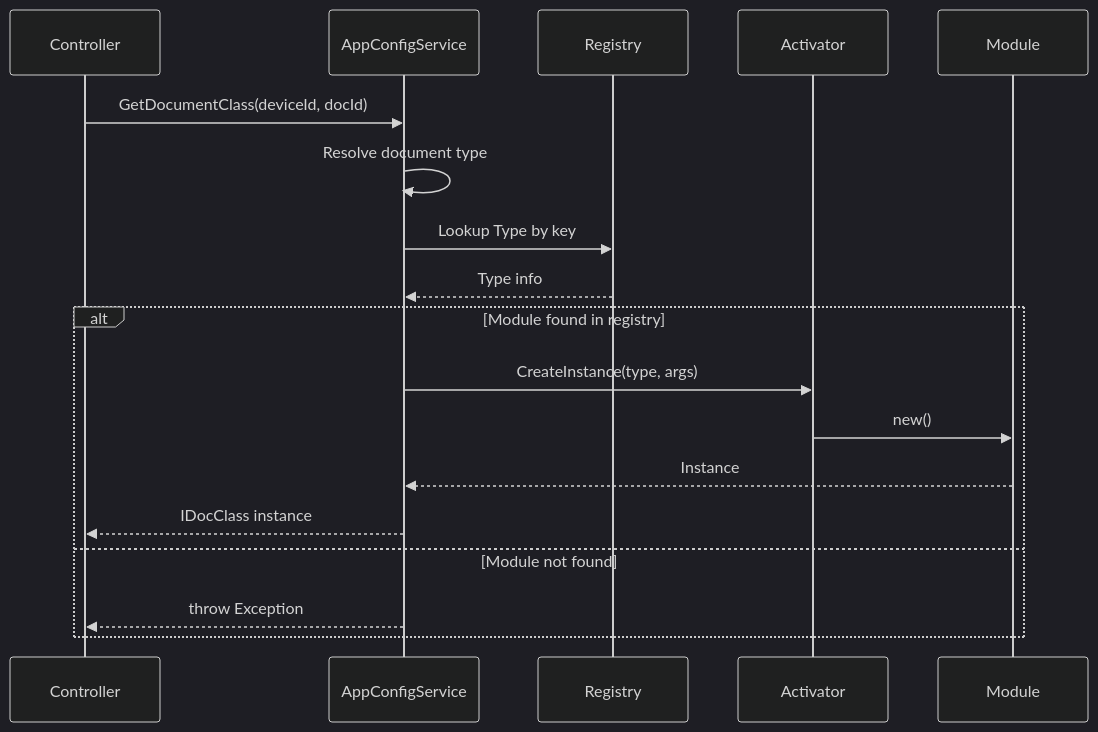
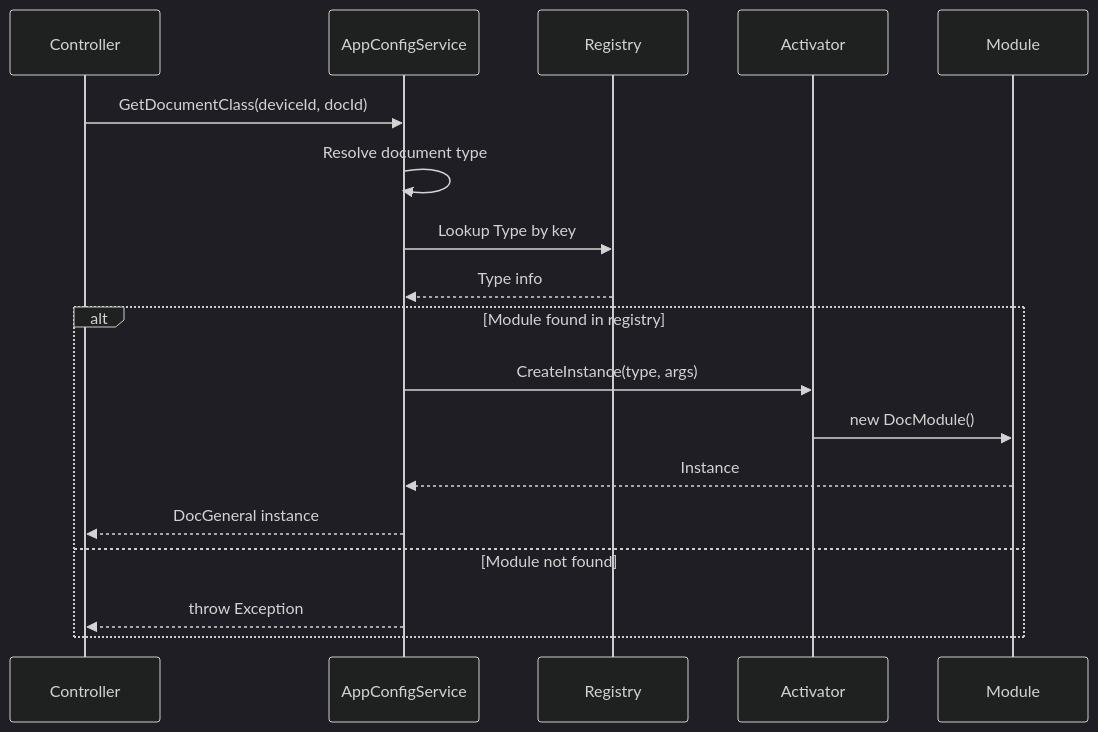
One commit to tn-ivk/tn-doc changed the third of 10 diagrams in docs/architecture/document-modules.md. Above: the diagram before and after it, drawn with Mermaid (dark theme). The commit also changed other lines of this file and 6 other files, not shown here.

````diff
--- a/docs/architecture/document-modules.md
+++ b/docs/architecture/document-modules.md
@@ -72,22 +223,22 @@
 ```mermaid
 sequenceDiagram
     participant Controller
     participant AppConfigService
     participant Registry
     participant Activator
     participant Module
 
     Controller->>AppConfigService: GetDocumentClass(deviceId, docId)
     AppConfigService->>AppConfigService: Resolve document type
     AppConfigService->>Registry: Lookup Type by key
     Registry-->>AppConfigService: Type info
 
     alt Module found in registry
         AppConfigService->>Activator: CreateInstance(type, args)
-        Activator->>Module: new()
+        Activator->>Module: new DocModule()
         Module-->>AppConfigService: Instance
-        AppConfigService-->>Controller: IDocClass instance
+        AppConfigService-->>Controller: DocGeneral instance
     else Module not found
         AppConfigService-->>Controller: throw Exception
     end
 ```
````
